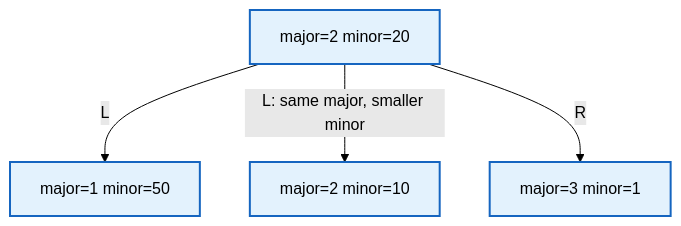
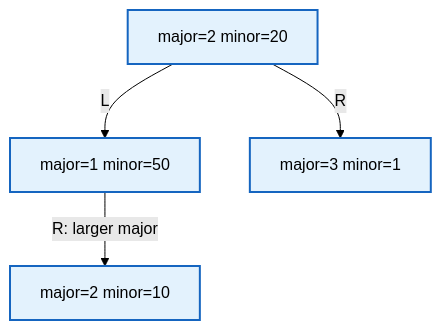
Before and after one commit to FormingSystem/linux_note: diagram 12 of 51 in knowledge/linux/data_structures/红黑树_rb-tree/P09_Linux_6.12_内核_rbtree_嵌入式节点与使用者接口.md, drawn with Mermaid (forest theme). The commit also changed other lines of this file and 18 other files, not shown here.

````diff
--- a/knowledge/linux/data_structures/红黑树_rb-tree/P09_Linux_6.12_内核_rbtree_嵌入式节点与使用者接口.md
+++ b/knowledge/linux/data_structures/红黑树_rb-tree/P09_Linux_6.12_内核_rbtree_嵌入式节点与使用者接口.md
@@ -742,14 +825,14 @@
 ```mermaid
 graph TD
 	rb_2_20["major=2 minor=20"]
 	rb_1_50["major=1 minor=50"]
 	rb_2_10["major=2 minor=10"]
 	rb_3_01["major=3 minor=1"]
 
 	rb_2_20 -->|L| rb_1_50
-	rb_2_20 -->|L: same major, smaller minor| rb_2_10
+	rb_1_50 -->|R: larger major| rb_2_10
 	rb_2_20 -->|R| rb_3_01
 
 	classDef node fill:#e3f2fd,stroke:#1565c0,color:#000,stroke-width:2px;
 	class rb_2_20,rb_1_50,rb_2_10,rb_3_01 node;
 ```
````
